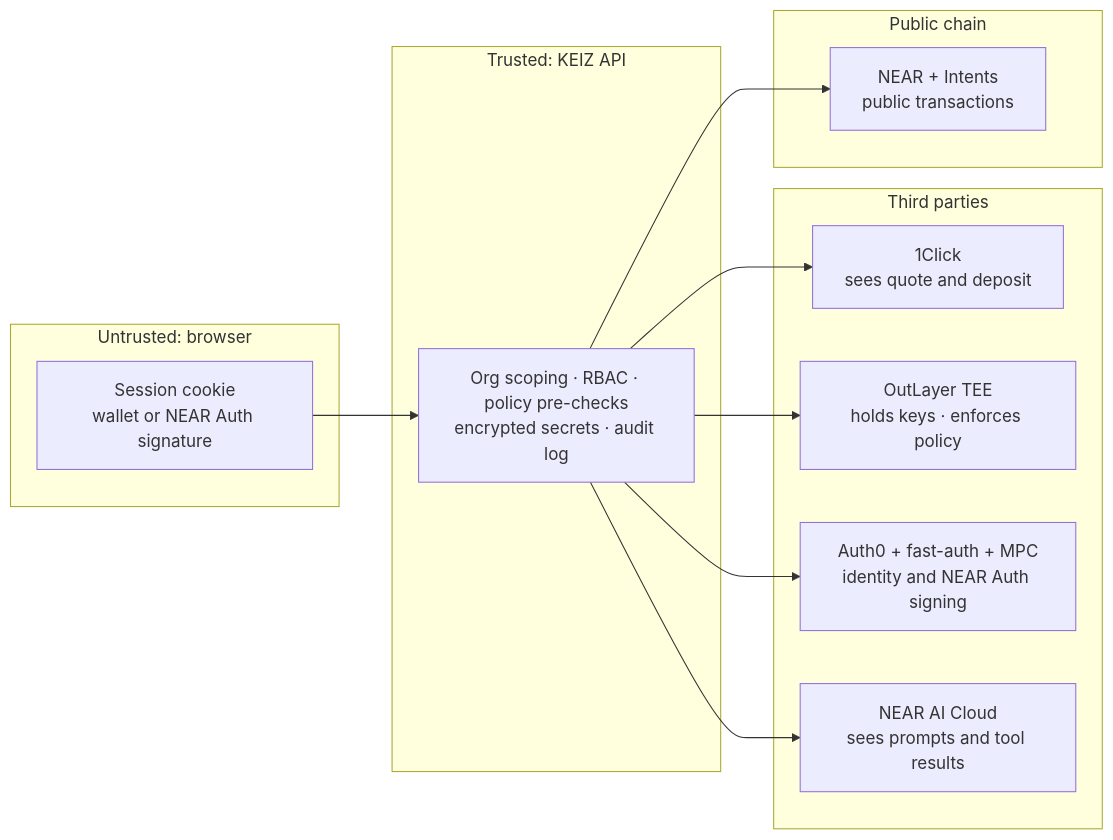
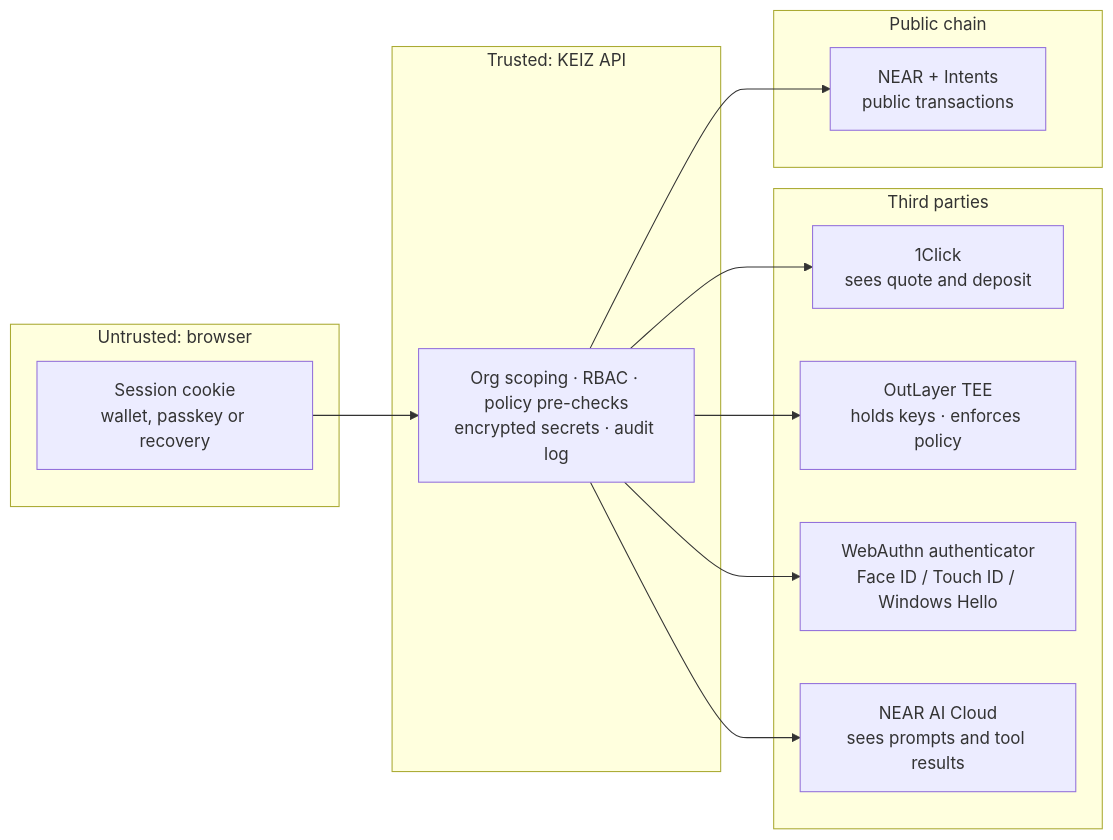
Before and after one commit to cryingraven/keiz-platform: diagram 15 of 16 in docs/architecture.md, drawn with Mermaid. The commit also changed other lines of this file and 51 other files, not shown here.

First line of the commit message:
feat(auth): implement WebAuthn challenge and credential schemas

````diff
--- a/docs/architecture.md
+++ b/docs/architecture.md
@@ -742,28 +738,28 @@
 ```mermaid
 flowchart LR
   subgraph Browser["Untrusted: browser"]
-    B["Session cookie<br/>wallet or NEAR Auth signature"]
+    B["Session cookie<br/>wallet, passkey or recovery"]
   end
 
   subgraph KEIZ["Trusted: KEIZ API"]
     K["Org scoping · RBAC · policy pre-checks<br/>encrypted secrets · audit log"]
   end
 
   subgraph Partners["Third parties"]
     OC["1Click<br/>sees quote and deposit"]
     OL["OutLayer TEE<br/>holds keys · enforces policy"]
-    AU["Auth0 + fast-auth + MPC<br/>identity and NEAR Auth signing"]
+    AU["WebAuthn authenticator<br/>Face ID / Touch ID / Windows Hello"]
     AI["NEAR AI Cloud<br/>sees prompts and tool results"]
   end
 
   subgraph Chain["Public chain"]
     N["NEAR + Intents<br/>public transactions"]
   end
 
   B --> K
   K --> OC
   K --> OL
   K --> AU
   K --> AI
   K --> N
 ```
````
